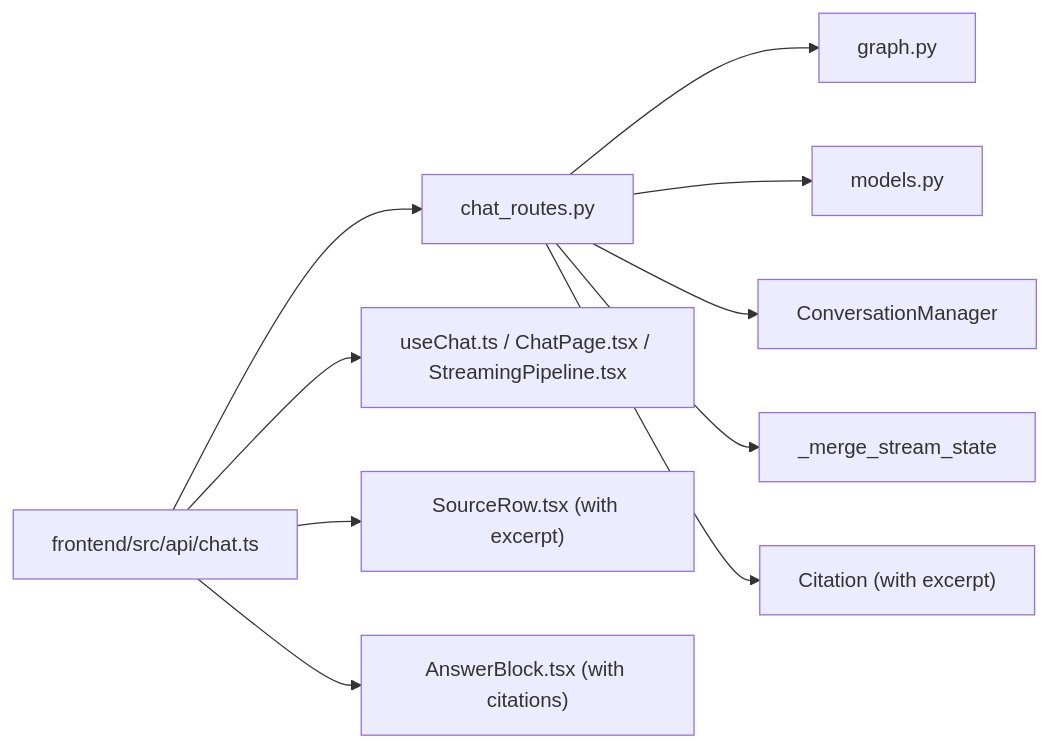
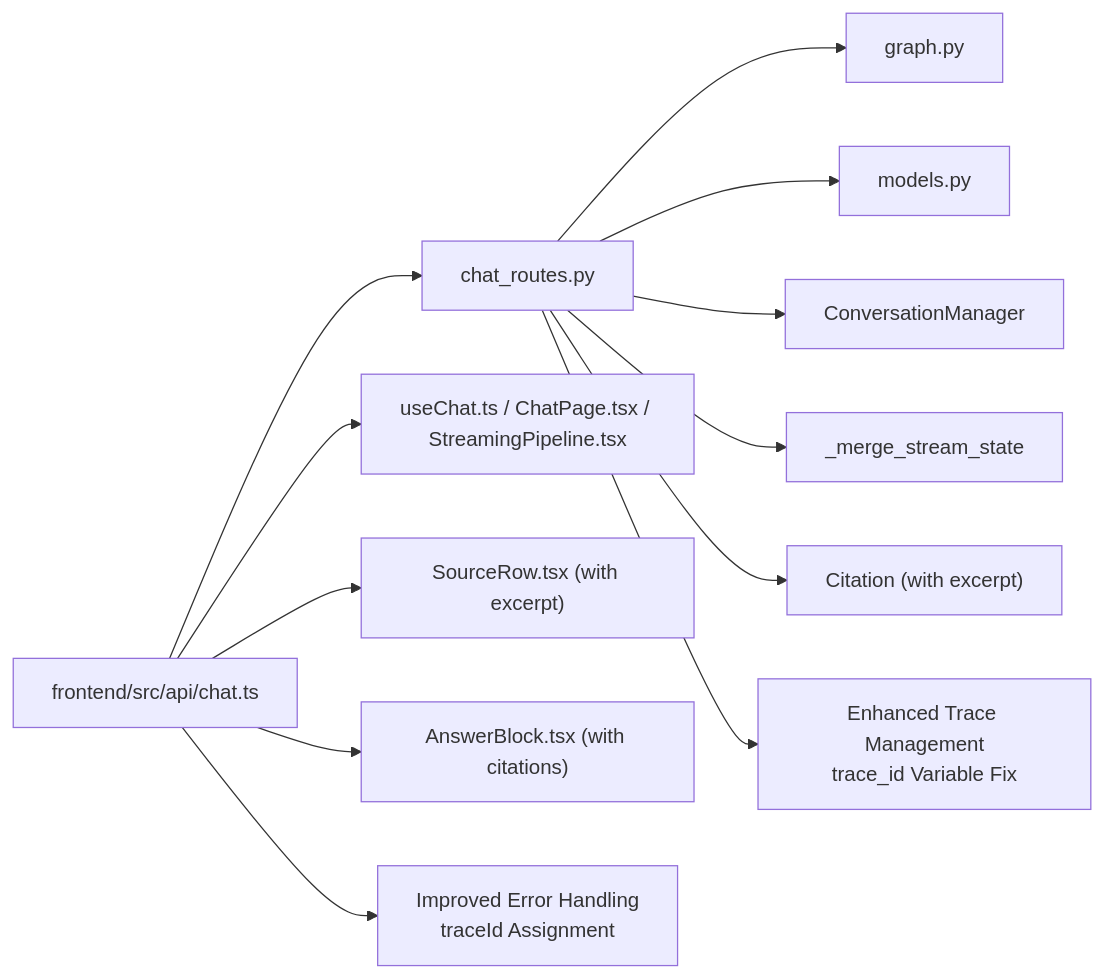
Before and after one commit to genes8/private-ai: the eighth of 8 diagrams in .qoder/repowiki/en/content/API Reference/Chat API/Streaming Chat Endpoint.md, drawn with Mermaid. The commit also changed other lines of this file and 19 other files, not shown here.

````diff
--- a/.qoder/repowiki/en/content/API Reference/Chat API/Streaming Chat Endpoint.md
+++ b/.qoder/repowiki/en/content/API Reference/Chat API/Streaming Chat Endpoint.md
@@ -397,12 +405,14 @@
 ```mermaid
 graph LR
 ChatRoute["chat_routes.py"] --> Graph["graph.py"]
 ChatRoute --> Models["models.py"]
 ChatRoute --> ConvMgr["ConversationManager"]
 ChatRoute --> MergeFunc["_merge_stream_state"]
 ChatRoute --> CitationModel["Citation (with excerpt)"]
+ChatRoute --> TraceFix["Enhanced Trace Management<br/>trace_id Variable Fix"]
 Frontend["frontend/src/api/chat.ts"] --> ChatRoute
 Frontend --> UI["useChat.ts / ChatPage.tsx / StreamingPipeline.tsx"]
 Frontend --> SourceRow["SourceRow.tsx (with excerpt)"]
 Frontend --> AnswerBlock["AnswerBlock.tsx (with citations)"]
+Frontend --> ErrorHandling["Improved Error Handling<br/>traceId Assignment"]
 ```
````
